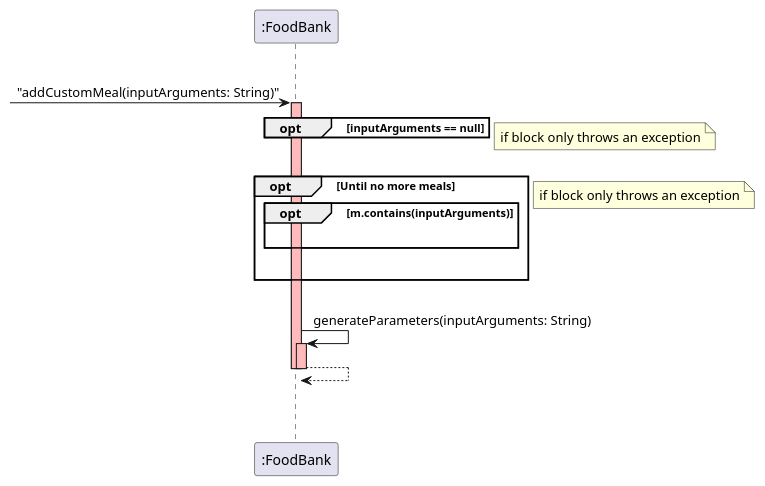
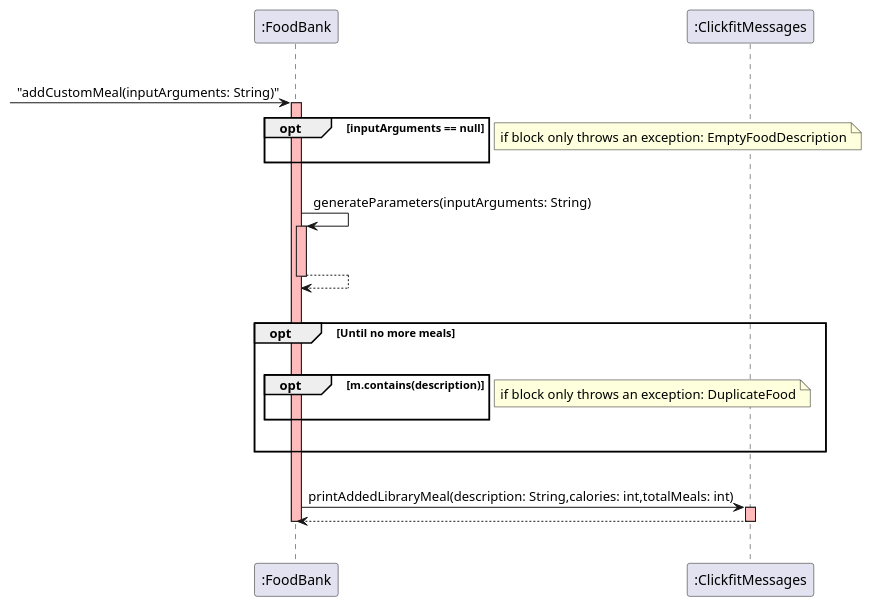
The diagram in diagrams/FoodBank_AddCustomMeal_sequence.puml (teoziyiivy/tp), drawn with PlantUML before and after one commit. The commit also changed 4 other files, not shown here.

```diff
--- a/diagrams/FoodBank_AddCustomMeal_sequence.puml
+++ b/diagrams/FoodBank_AddCustomMeal_sequence.puml
@@ -1,29 +1,31 @@
 @startuml
 'https://plantuml.com/sequence-diagram
 |||
 participant ":FoodBank"
     ->":FoodBank" : "addCustomMeal(inputArguments: String)"
     activate ":FoodBank" #FFBBBB
     opt inputArguments == null
+    |||
     end
-    note left : if block only throws an exception
+    note left : if block only throws an exception: EmptyFoodDescription
+    |||
+    ":FoodBank"->":FoodBank" : generateParameters(inputArguments: String)
+    |||
+    activate ":FoodBank" #FFBBBB
+    return
     |||
     opt Until no more meals
-
-    opt m.contains(inputArguments)
+    |||
+    opt m.contains(description)
+    |||
+    end
+    note left : if block only throws an exception: DuplicateFood
     |||
     end
     |||
-    end
-    |||
-    note left : if block only throws an exception
-
-
-    ":FoodBank"->":FoodBank" : generateParameters(inputArguments: String)
-    activate ":FoodBank" #FFBBBB
+    ":FoodBank"->":ClickfitMessages" : printAddedLibraryMeal(description: String,calories: int,totalMeals: int)
+    activate ":ClickfitMessages" #FFBBBB
     return
-    |||
-
     deactivate ":FoodBank"
     |||
 @enduml
```
